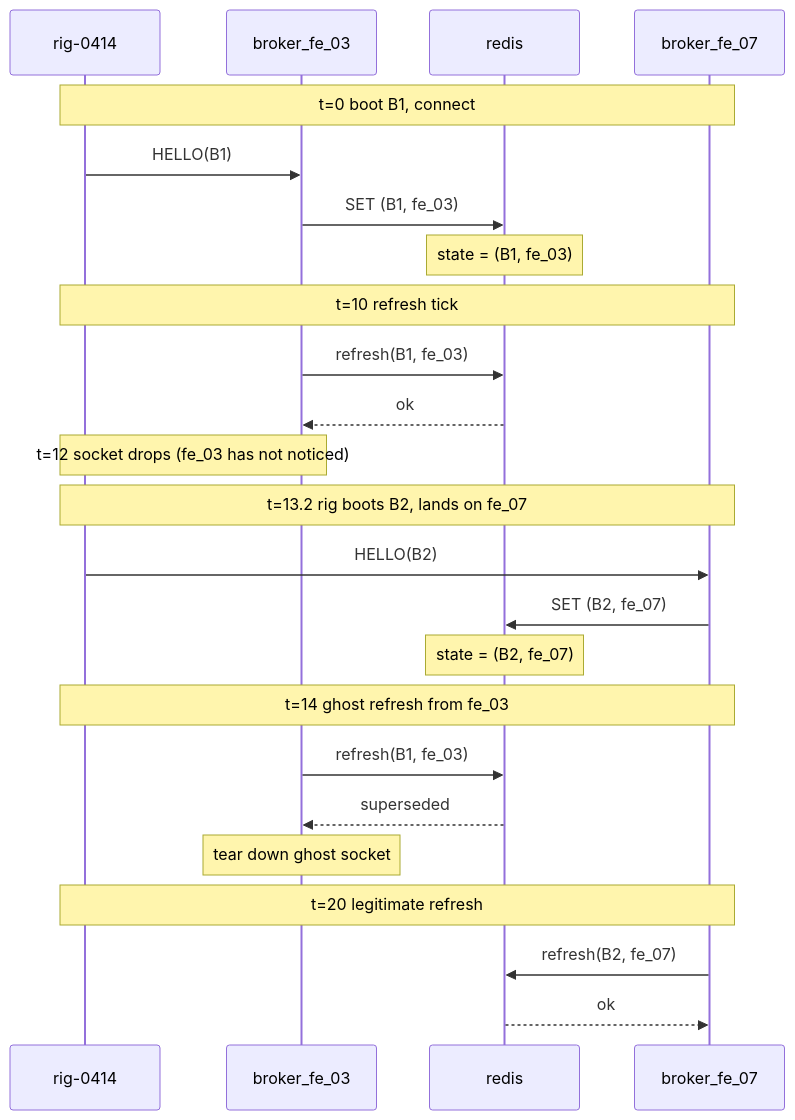
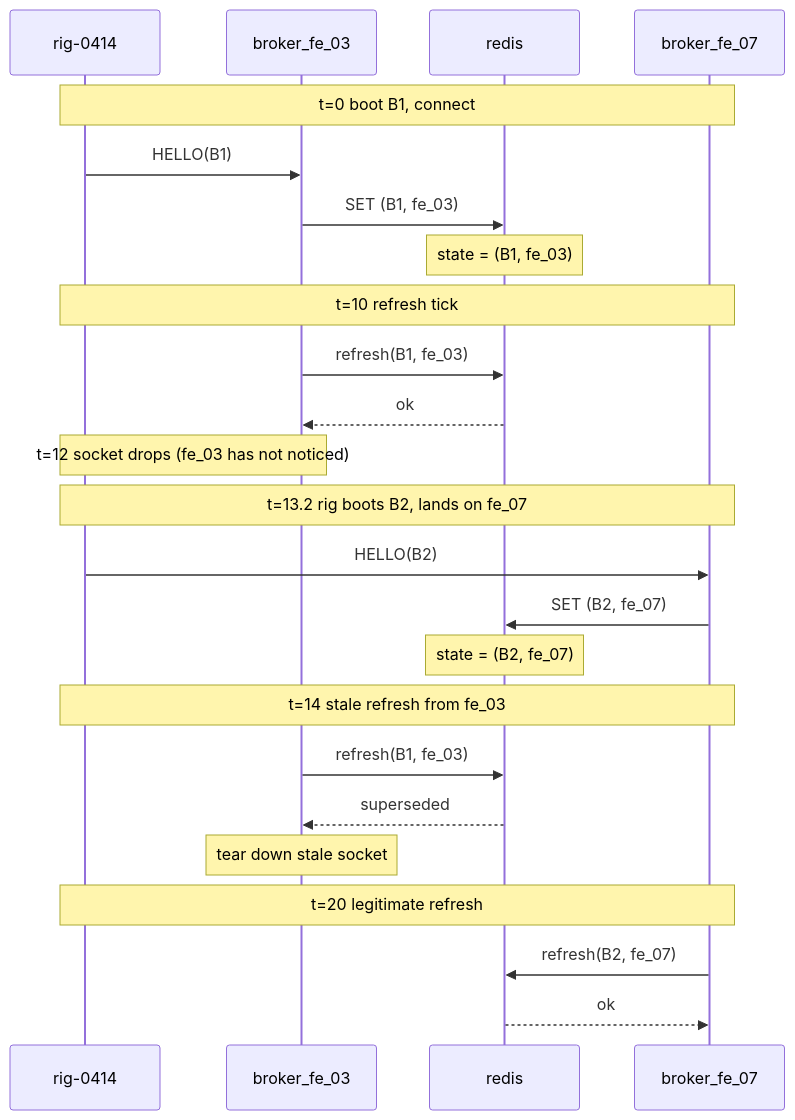
Before and after one commit to y4shb/y4shb.github.io: the second of 2 diagrams in articles/01-websocket-command-broker-long-lived-agents.md, drawn with Mermaid. The commit also changed other lines of this file and 41 other files, not shown here.

````diff
--- a/articles/01-websocket-command-broker-long-lived-agents.md
+++ b/articles/01-websocket-command-broker-long-lived-agents.md
@@ -309,32 +303,32 @@
 ```mermaid
 sequenceDiagram
     participant rig as rig-0414
     participant fe03 as broker_fe_03
     participant redis as redis
     participant fe07 as broker_fe_07
 
     Note over rig,fe07: t=0  boot B1, connect
     rig->>fe03: HELLO(B1)
     fe03->>redis: SET (B1, fe_03)
     Note over redis: state = (B1, fe_03)
 
     Note over rig,fe07: t=10  refresh tick
     fe03->>redis: refresh(B1, fe_03)
     redis-->>fe03: ok
 
     Note over rig,fe03: t=12  socket drops (fe_03 has not noticed)
 
     Note over rig,fe07: t=13.2  rig boots B2, lands on fe_07
     rig->>fe07: HELLO(B2)
     fe07->>redis: SET (B2, fe_07)
     Note over redis: state = (B2, fe_07)
 
-    Note over rig,fe07: t=14  ghost refresh from fe_03
+    Note over rig,fe07: t=14  stale refresh from fe_03
     fe03->>redis: refresh(B1, fe_03)
     redis-->>fe03: superseded
-    Note over fe03: tear down ghost socket
+    Note over fe03: tear down stale socket
 
     Note over rig,fe07: t=20  legitimate refresh
     fe07->>redis: refresh(B2, fe_07)
     redis-->>fe07: ok
 ```
````
